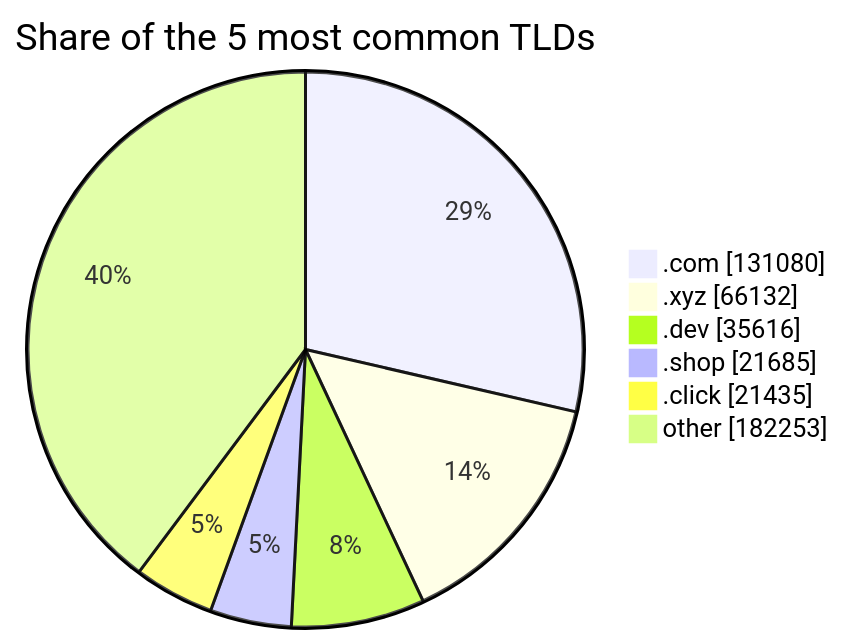
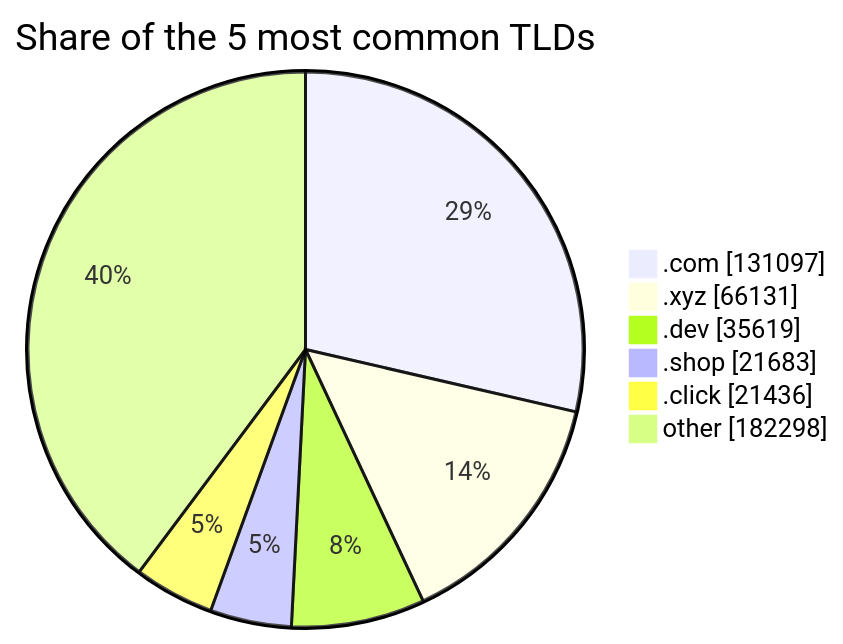
One commit to DNSBunker/CTI changed the third of 3 diagrams in README.md. Above: the diagram before and after it, drawn with Mermaid. The commit also changed other lines of this file and 3 other files, not shown here.

````diff
--- a/README.md
+++ b/README.md
@@ -81,9 +81,9 @@
 ```mermaid
 pie showData title Share of the 5 most common TLDs
-    ".com" : 131080
-    ".xyz" : 66132
-    ".dev" : 35616
-    ".shop" : 21685
-    ".click" : 21435
-    "other" : 182253
+    ".com" : 131097
+    ".xyz" : 66131
+    ".dev" : 35619
+    ".shop" : 21683
+    ".click" : 21436
+    "other" : 182298
 ```
````
